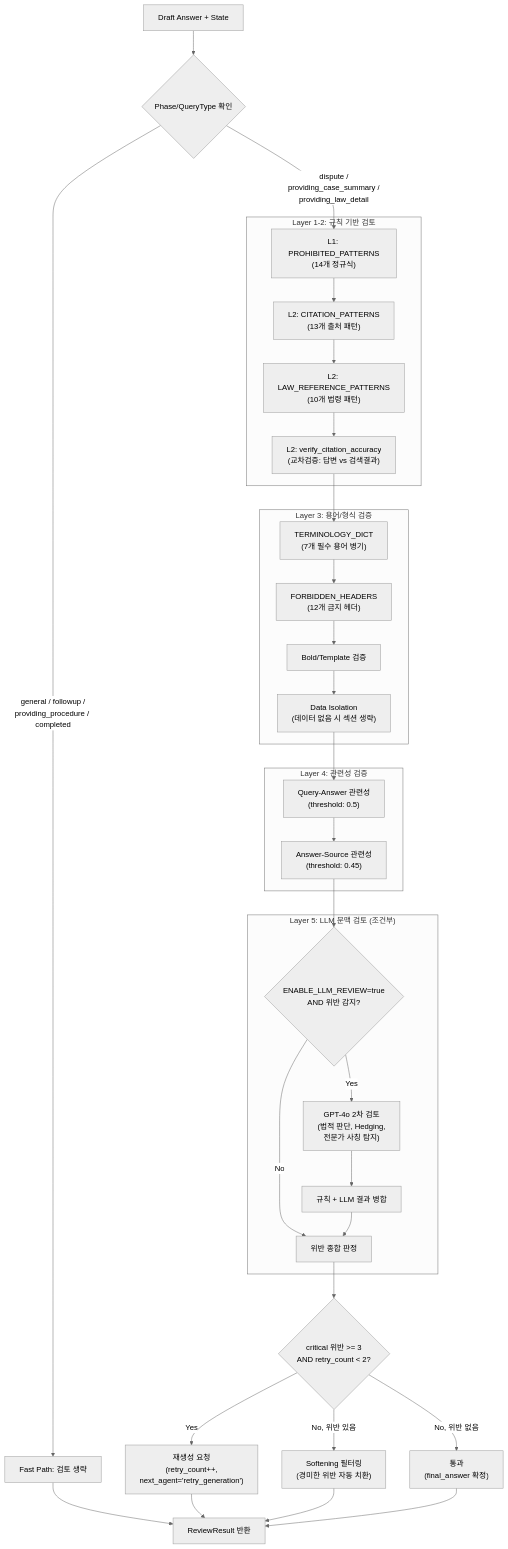
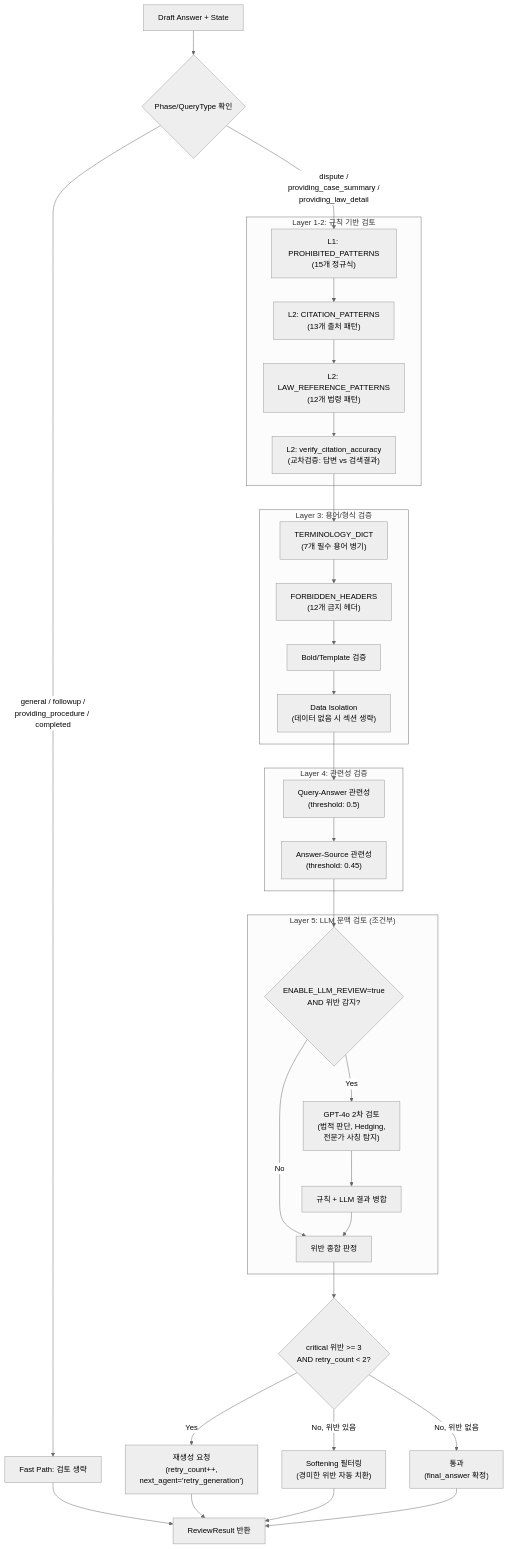
One commit to Maroco0109/Ddoksori changed the diagram in backend/app/agents/legal_review/README.md. Above: the diagram before and after it, drawn with Mermaid (neutral theme). The commit also changed other lines of this file and 4 other files, not shown here.

````diff
--- a/backend/app/agents/legal_review/README.md
+++ b/backend/app/agents/legal_review/README.md
@@ -37,45 +37,45 @@
 ```mermaid
 flowchart TD
     Input["Draft Answer + State"] --> PhaseCheck{"Phase/QueryType 확인"}
 
     PhaseCheck -- "general / followup /<br/>providing_procedure / completed" --> Skip["Fast Path: 검토 생략"]
     PhaseCheck -- "dispute /<br/>providing_case_summary /<br/>providing_law_detail" --> L1
 
     subgraph "Layer 1-2: 규칙 기반 검토"
-        L1["L1: PROHIBITED_PATTERNS<br/>(14개 정규식)"]
+        L1["L1: PROHIBITED_PATTERNS<br/>(15개 정규식)"]
         L1 --> L2A["L2: CITATION_PATTERNS<br/>(13개 출처 패턴)"]
-        L2A --> L2B["L2: LAW_REFERENCE_PATTERNS<br/>(10개 법령 패턴)"]
+        L2A --> L2B["L2: LAW_REFERENCE_PATTERNS<br/>(12개 법령 패턴)"]
         L2B --> L2C["L2: verify_citation_accuracy<br/>(교차검증: 답변 vs 검색결과)"]
     end
 
     subgraph "Layer 3: 용어/형식 검증"
         L2C --> L3A["TERMINOLOGY_DICT<br/>(7개 필수 용어 병기)"]
         L3A --> L3B["FORBIDDEN_HEADERS<br/>(12개 금지 헤더)"]
         L3B --> L3C["Bold/Template 검증"]
         L3C --> L3D["Data Isolation<br/>(데이터 없음 시 섹션 생략)"]
     end
 
     subgraph "Layer 4: 관련성 검증"
         L3D --> L4A["Query-Answer 관련성<br/>(threshold: 0.5)"]
         L4A --> L4B["Answer-Source 관련성<br/>(threshold: 0.45)"]
     end
 
     subgraph "Layer 5: LLM 문맥 검토 (조건부)"
         L4B --> L5Check{"ENABLE_LLM_REVIEW=true<br/>AND 위반 감지?"}
         L5Check -- "Yes" --> L5["GPT-4o 2차 검토<br/>(법적 판단, Hedging,<br/>전문가 사칭 탐지)"]
         L5Check -- "No" --> Merge
         L5 --> L5Merge["규칙 + LLM 결과 병합"]
         L5Merge --> Merge
     end
 
     Merge["위반 종합 판정"] --> Decision{"critical 위반 >= 3<br/>AND retry_count < 2?"}
 
     Decision -- "Yes" --> Retry["재생성 요청<br/>(retry_count++,<br/>next_agent='retry_generation')"]
     Decision -- "No, 위반 있음" --> Filter["Softening 필터링<br/>(경미한 위반 자동 치환)"]
     Decision -- "No, 위반 없음" --> Pass["통과<br/>(final_answer 확정)"]
 
     Skip --> Output["ReviewResult 반환"]
     Retry --> Output
     Filter --> Output
     Pass --> Output
 ```
````
